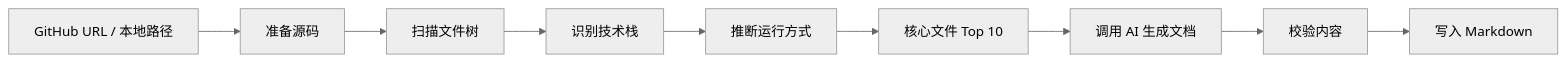
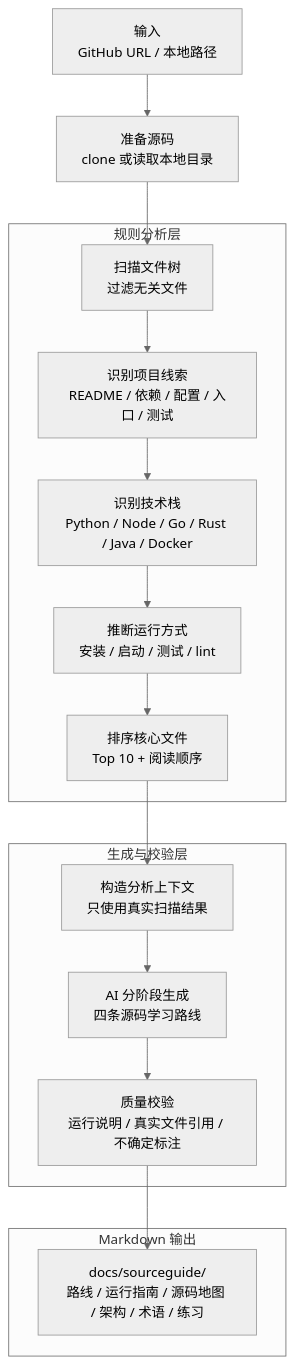
The first of 2 diagrams in README.md (liduanchen/SourceGuide), drawn with Mermaid (neutral theme) before and after one commit. The commit also changed other lines of this file and 1 other file, not shown here.

Commit message:
Update README: improve architecture diagram and roadmap with Mermaid timeline

````diff
--- a/README.md
+++ b/README.md
@@ -208,11 +208,24 @@
 ```mermaid
-flowchart LR
-    A[GitHub URL / 本地路径] --> B[准备源码]
-    B --> C[扫描文件树]
-    C --> D[识别技术栈]
-    D --> E[推断运行方式]
-    E --> F[核心文件 Top 10]
-    F --> G[调用 AI 生成文档]
-    G --> H[校验内容]
-    H --> I[写入 Markdown]
+flowchart TD
+    A["输入<br/>GitHub URL / 本地路径"] --> B["准备源码<br/>clone 或读取本地目录"]
+
+    subgraph S1["规则分析层"]
+        C["扫描文件树<br/>过滤无关文件"]
+        D["识别项目线索<br/>README / 依赖 / 配置 / 入口 / 测试"]
+        E["识别技术栈<br/>Python / Node / Go / Rust / Java / Docker"]
+        F["推断运行方式<br/>安装 / 启动 / 测试 / lint"]
+        G["排序核心文件<br/>Top 10 + 阅读顺序"]
+    end
+
+    subgraph S2["生成与校验层"]
+        H["构造分析上下文<br/>只使用真实扫描结果"]
+        I["AI 分阶段生成<br/>四条源码学习路线"]
+        J["质量校验<br/>运行说明 / 真实文件引用 / 不确定标注"]
+    end
+
+    subgraph S3["Markdown 输出"]
+        K["docs/sourceguide/<br/>路线 / 运行指南 / 源码地图 / 架构 / 术语 / 练习"]
+    end
+
+    B --> C --> D --> E --> F --> G --> H --> I --> J --> K
 ```
````
